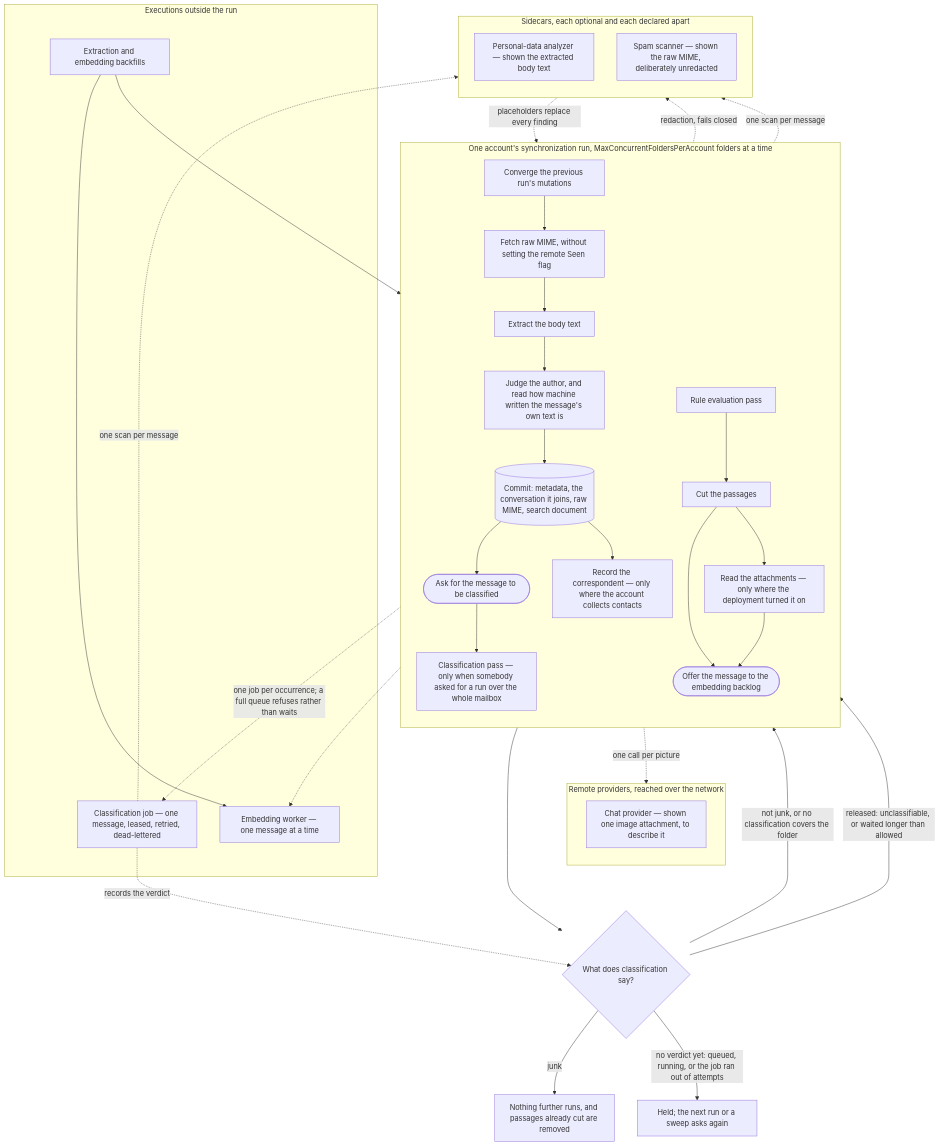
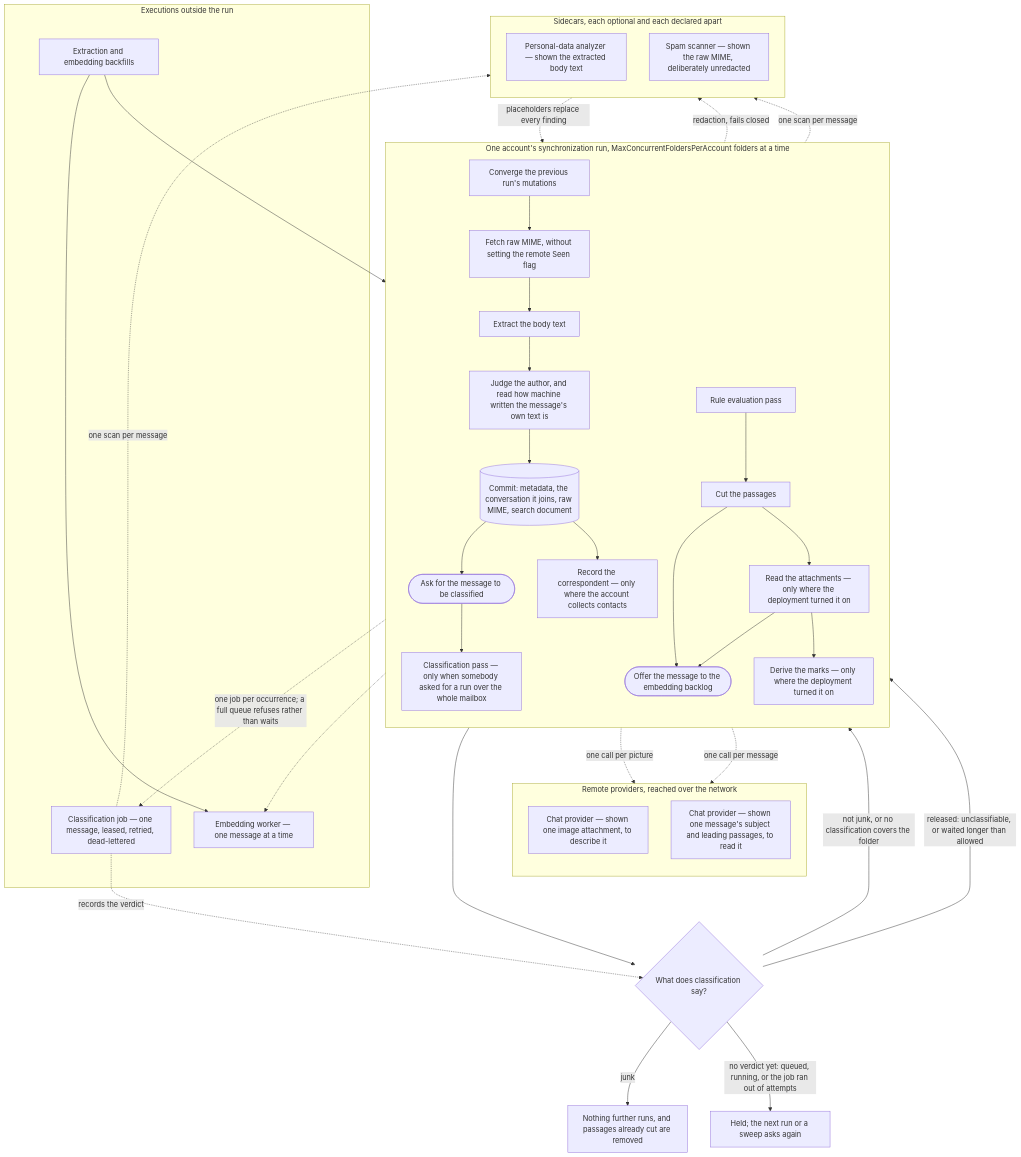
One commit to Krzysztof318/MailFathom changed the diagram in docs/architecture/arrival-pipeline.md. Above: the diagram before and after it, drawn with Mermaid. The commit also changed other lines of this file and 85 other files, not shown here.

First line of the commit message:
[#1184] Derive a message's sense, why it matters, and any commitment on arrival (#1713)

````diff
--- a/docs/architecture/arrival-pipeline.md
+++ b/docs/architecture/arrival-pipeline.md
@@ -16,60 +16,64 @@
 ```mermaid
 flowchart TD
     subgraph run["One account's synchronization run, MaxConcurrentFoldersPerAccount folders at a time"]
         direction TB
         converge["Converge the previous run's mutations"]
         fetch["Fetch raw MIME, without setting the remote Seen flag"]
         extract["Extract the body text"]
         judge["Judge the author, and read how machine written the message's own text is"]
         commit[("Commit: metadata, the conversation it joins, raw MIME, search document")]
         ask(["Ask for the message to be classified"])
         collect["Record the correspondent — only where the account collects contacts"]
         classify["Classification pass — only when somebody asked for a run over the whole mailbox"]
         rules["Rule evaluation pass"]
         cut["Cut the passages"]
         read["Read the attachments — only where the deployment turned it on"]
         offer(["Offer the message to the embedding backlog"])
+        enrich["Derive the marks — only where the deployment turned it on"]
     end
 
     subgraph sidecars["Sidecars, each optional and each declared apart"]
         direction TB
         presidio["Personal-data analyzer — shown the extracted body text"]
         spamd["Spam scanner — shown the raw MIME, deliberately unredacted"]
     end
 
     subgraph remote["Remote providers, reached over the network"]
         direction TB
         vision["Chat provider — shown one image attachment, to describe it"]
+        enricher["Chat provider — shown one message's subject and leading passages, to read it"]
     end
 
     subgraph elsewhere["Executions outside the run"]
         job["Classification job — one message, leased, retried, dead-lettered"]
         worker["Embedding worker — one message at a time"]
         sweeps["Extraction and embedding backfills"]
     end
 
     converge --> fetch --> extract --> judge
     judge -. "redaction, fails closed" .-> presidio
     presidio -. "placeholders replace every finding" .-> judge
     judge --> commit
     commit --> ask
     commit --> collect
     ask -. "one job per occurrence; a full queue refuses rather than waits" .-> job
     ask --> classify
     job -. "one scan per message" .-> spamd
     classify -. "one scan per message" .-> spamd
     job -. "records the verdict" .-> gate
     classify --> gate{"What does classification say?"}
     gate -- "junk" --> withheld["Nothing further runs, and passages already cut are removed"]
     gate -- "not junk, or no classification covers the folder" --> rules
     gate -- "no verdict yet: queued, running, or the job ran out of attempts" --> held["Held; the next run or a sweep asks again"]
     gate -- "released: unclassifiable, or waited longer than allowed" --> rules
     rules --> cut
     cut --> offer
     cut --> read
     read --> offer
     read -. "one call per picture" .-> vision
+    read --> enrich
+    enrich -. "one call per message" .-> enricher
     offer -.-> worker
     sweeps --> cut
     sweeps --> worker
 ```
````
